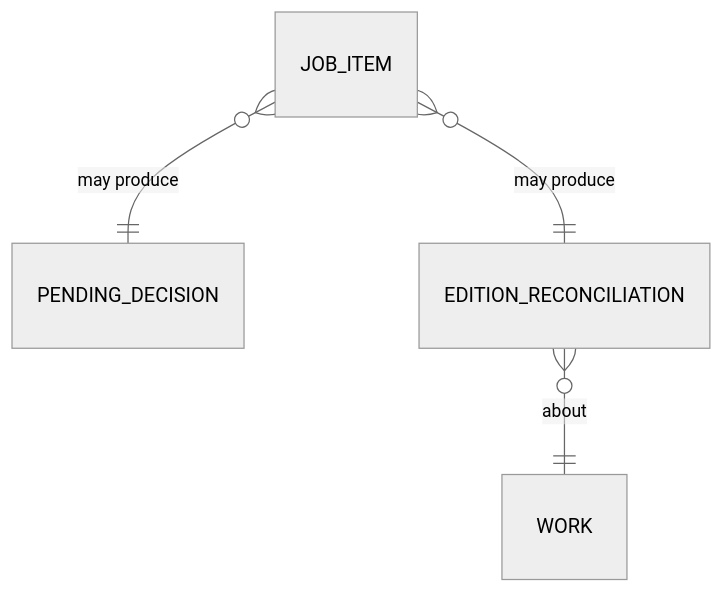
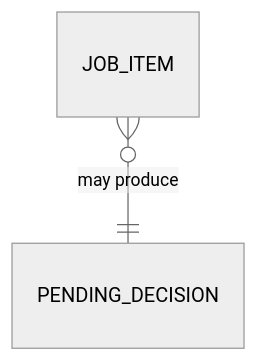
Before and after one commit to ennui2342/opsimath: the second of 2 diagrams in docs/DATA_MODEL.md, drawn with Mermaid (neutral theme). The commit also changed other lines of this file and 30 other files, not shown here.

````diff
--- a/docs/DATA_MODEL.md
+++ b/docs/DATA_MODEL.md
@@ -606,6 +606,4 @@
 ```mermaid
 erDiagram
     JOB_ITEM }o--|| PENDING_DECISION : "may produce"
-    JOB_ITEM }o--|| EDITION_RECONCILIATION : "may produce"
-    EDITION_RECONCILIATION }o--|| WORK : "about"
 ```
````
